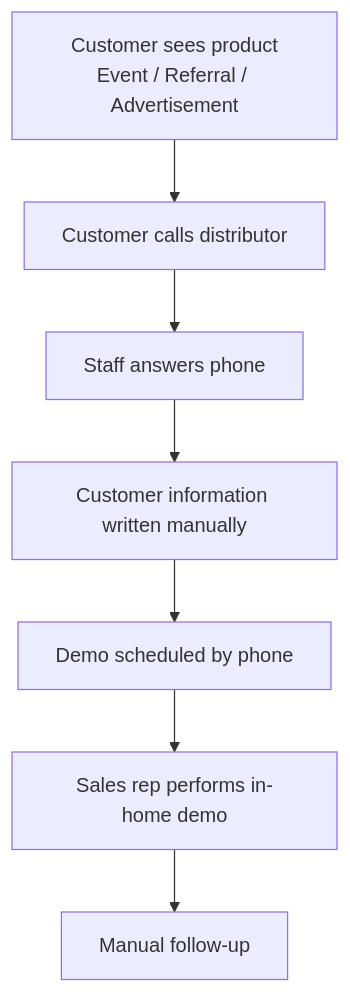
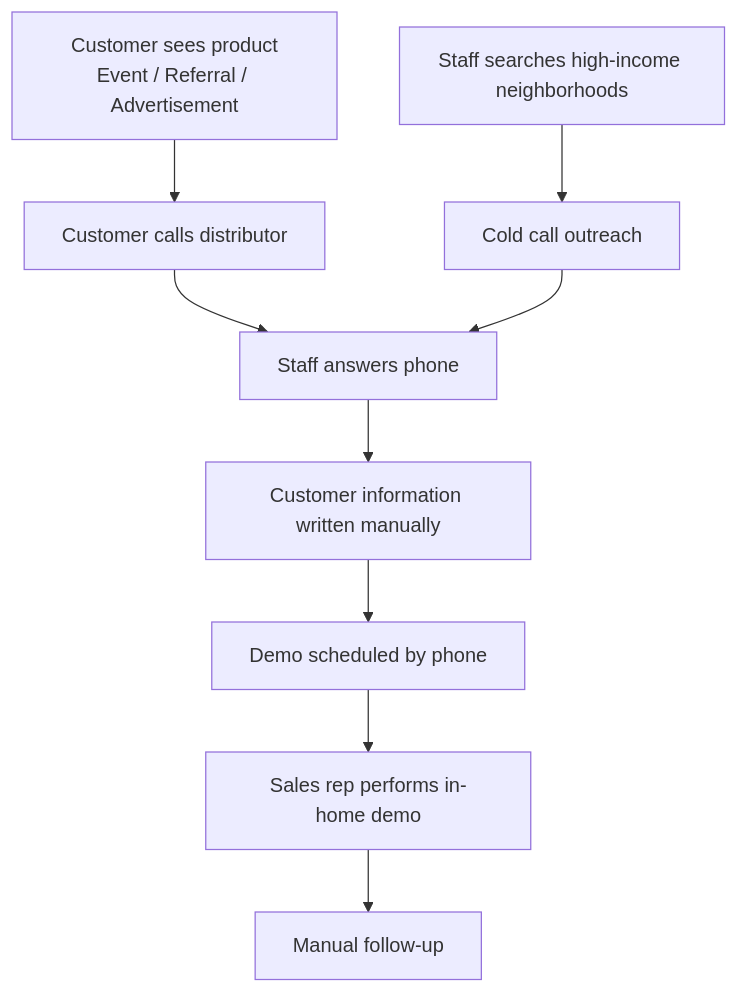
The first of 2 diagrams in case-studies/sales-workflow-automation.md (zohto/ai-automation-portfolio), drawn with Mermaid before and after one commit. The commit also changed other lines of this file, not shown here.

Commit message:
Adjusted workflow to reflect cold calling.

````diff
--- a/case-studies/sales-workflow-automation.md
+++ b/case-studies/sales-workflow-automation.md
@@ -17,17 +22,26 @@
 ```mermaid
 flowchart TD
+
     A[Customer sees product<br/>Event / Referral / Advertisement]
     B[Customer calls distributor]
+
+    O[Staff searches high-income neighborhoods]
+    P[Cold call outreach]
+
     C[Staff answers phone]
     D[Customer information written manually]
     E[Demo scheduled by phone]
     F[Sales rep performs in-home demo]
     G[Manual follow-up]
 
     A --> B
     B --> C
+
+    O --> P
+    P --> C
+
     C --> D
     D --> E
     E --> F
     F --> G
 ```
````
